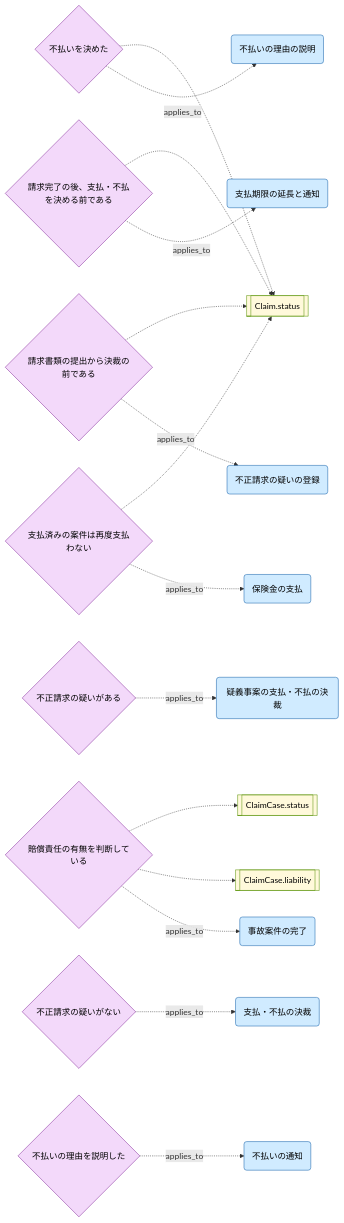
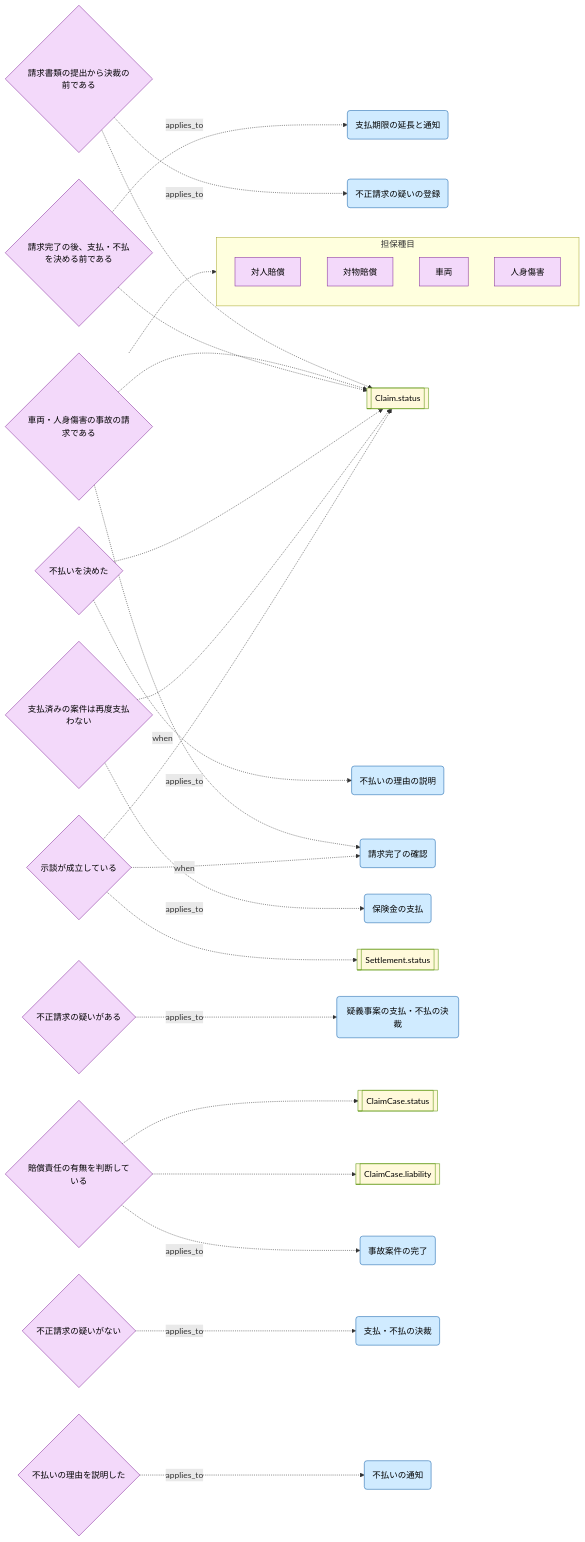
One commit to manji-0/rdra-ish-dsl changed the diagram in samples/insurance-claim-ops/out/buc/condition_payment.mmd. Above: the diagram before and after it, drawn with Mermaid. The commit also changed 15 other files, not shown here.

First line of the commit message:
feat(samples): insurance-claim-ops states the settlement guard and its rule

```diff
--- a/samples/insurance-claim-ops/out/buc/condition_payment.mmd
+++ b/samples/insurance-claim-ops/out/buc/condition_payment.mmd
@@ -1,62 +1,89 @@
 %% rdra-ish diagram=condition scope=buc:BucPayment model=samples/insurance-claim-ops
-%% kinds: condition statemodel usecase
+%% kinds: condition statemodel variation value usecase
 %% omitted: (none)
 flowchart LR
   condition__ClaimBeforeDecision{"請求書類の提出から決裁の前である"}:::condition
   %% holds condition__ClaimBeforeDecision: Claim.status in (請求書類の提出, 請求完了)
+  condition__ClaimFirstParty{"車両・人身傷害の事故の請求である"}:::condition
+  %% holds condition__ClaimFirstParty: ClaimCase.coverage in (車両, 人身傷害)
   condition__ClaimUnderConfirmation{"請求完了の後、支払・不払を決める前である"}:::condition
   %% holds condition__ClaimUnderConfirmation: Claim.status == 請求完了
   condition__DenialDecided{"不払いを決めた"}:::condition
   %% holds condition__DenialDecided: Claim.status == 不払決定
   condition__FraudSuspected{"不正請求の疑いがある"}:::condition
   %% holds condition__FraudSuspected: Claim.fraud_suspected == true
   condition__LiabilityDetermined{"賠償責任の有無を判断している"}:::condition
   %% holds condition__LiabilityDetermined: ClaimCase.liability in (賠償責任あり, 過失ゼロ（賠償責任なし）)
   condition__NoFraudSuspicion{"不正請求の疑いがない"}:::condition
   %% holds condition__NoFraudSuspicion: Claim.fraud_suspected == false
   condition__NotPaidYet{"支払済みの案件は再度支払わない"}:::condition
   %% holds condition__NotPaidYet: (Claim.status == 支払決定).none(Payment)
   condition__ReasonExplained{"不払いの理由を説明した"}:::condition
   %% holds condition__ReasonExplained: Claim.reason_explained == true
+  condition__SettlementSigned{"示談が成立している"}:::condition
+  %% holds condition__SettlementSigned: (Settlement.status == 示談成立).along(Claim, ClaimCase, Settlement)
   statemodel__ClaimCase_liability[["ClaimCase.liability"]]:::statemodel
   statemodel__ClaimCase_status[["ClaimCase.status"]]:::statemodel
   statemodel__Claim_status[["Claim.status"]]:::statemodel
+  statemodel__Settlement_status[["Settlement.status"]]:::statemodel
+  subgraph variation__Coverage["担保種目"]
+    variation__Coverage__bodily_liability["対人賠償"]:::value
+    variation__Coverage__property_liability["対物賠償"]:::value
+    variation__Coverage__vehicle["車両"]:::value
+    variation__Coverage__personal_injury["人身傷害"]:::value
+  end
   usecase__CloseCase("事故案件の完了"):::usecase
   %% desc usecase__CloseCase: 請求の支払・不払の通知・取下げを受けて、事故案件を完了にする。過失の判断が残っていれば先に済ませる。
+  usecase__CompleteClaim("請求完了の確認"):::usecase
+  %% desc usecase__CompleteClaim: 担当者が必要な書類がそろったことを確かめ、請求完了日を記録して受領を連絡する。支払期限（30日）がこの日から始まる。
   usecase__DecideClaim("支払・不払の決裁"):::usecase
   %% desc usecase__DecideClaim: 支払決裁者が調査の結果と請求書類から、保険金を支払うか、免責・解除などで支払わないかを決める。
   usecase__DecideSuspectedClaim("疑義事案の支払・不払の決裁"):::usecase
   %% desc usecase__DecideSuspectedClaim: 不正請求の疑いがある請求を、上位の決裁者（不正請求への対応を専門とする担当）が決める。
   usecase__ExplainDenialReason("不払いの理由の説明"):::usecase
   %% desc usecase__ExplainDenialReason: 支払わない根拠となる約款の条項と、調査で確かめた事実を、契約者等と被害者に説明する。
   usecase__ExtendPaymentPeriod("支払期限の延長と通知"):::usecase
   %% desc usecase__ExtendPaymentPeriod: 特別な照会または調査が欠かせないとき、延長事由（被災地の調査60日、鑑定等の照会90日、後遺障害の照会120日、警察等の照会180日、国外の調査180日）を選び、確認する事項と終える時期を請求者に通知する。
   usecase__FlagSuspectedFraud("不正請求の疑いの登録"):::usecase
   %% desc usecase__FlagSuspectedFraud: 事故状況・因果関係・修理や治療の内容に不自然な点があるか、他社での事故受付が分かったとき、請求を疑義事案として登録し、深く調べる。
   usecase__NotifyDenial("不払いの通知"):::usecase
   %% desc usecase__NotifyDenial: 理由を説明したうえで、支払わないことを書面で通知する。了解が得られなければ、そんぽADRセンターなどの相談機関を案内する。
   usecase__PayClaim("保険金の支払"):::usecase
   %% desc usecase__PayClaim: 支払金額と内訳（主たる保険金と特約・費用保険金）、算定の理由を説明して、被保険者・被害者・修理工場に払う。期限を過ぎていれば遅延利息を加える。
   condition__ClaimBeforeDecision -.->|applies_to| usecase__FlagSuspectedFraud
   condition__ClaimBeforeDecision -.-> statemodel__Claim_status
   %% derived condition__ClaimBeforeDecision -> statemodel__Claim_status from holds
+  condition__ClaimFirstParty -.-> statemodel__Claim_status
+  %% derived condition__ClaimFirstParty -> statemodel__Claim_status from when
+  condition__ClaimFirstParty -.-> variation__Coverage
+  %% derived condition__ClaimFirstParty -> variation__Coverage from holds
+  condition__ClaimFirstParty -.->|when| usecase__CompleteClaim
+  %% derived condition__ClaimFirstParty -> usecase__CompleteClaim via transitions Claim.status submitted->completed
   condition__ClaimUnderConfirmation -.->|applies_to| usecase__ExtendPaymentPeriod
   condition__ClaimUnderConfirmation -.-> statemodel__Claim_status
   %% derived condition__ClaimUnderConfirmation -> statemodel__Claim_status from holds
   condition__DenialDecided -.->|applies_to| usecase__ExplainDenialReason
   condition__DenialDecided -.-> statemodel__Claim_status
   %% derived condition__DenialDecided -> statemodel__Claim_status from holds
   condition__FraudSuspected -.->|applies_to| usecase__DecideSuspectedClaim
   condition__LiabilityDetermined -.->|applies_to| usecase__CloseCase
   condition__LiabilityDetermined -.-> statemodel__ClaimCase_liability
   %% derived condition__LiabilityDetermined -> statemodel__ClaimCase_liability from holds
   condition__LiabilityDetermined -.-> statemodel__ClaimCase_status
   %% derived condition__LiabilityDetermined -> statemodel__ClaimCase_status from when
   condition__NoFraudSuspicion -.->|applies_to| usecase__DecideClaim
   condition__NotPaidYet -.->|applies_to| usecase__PayClaim
   condition__NotPaidYet -.-> statemodel__Claim_status
   %% derived condition__NotPaidYet -> statemodel__Claim_status from holds
   condition__ReasonExplained -.->|applies_to| usecase__NotifyDenial
+  condition__SettlementSigned -.-> statemodel__Claim_status
+  %% derived condition__SettlementSigned -> statemodel__Claim_status from when
+  condition__SettlementSigned -.-> statemodel__Settlement_status
+  %% derived condition__SettlementSigned -> statemodel__Settlement_status from holds
+  condition__SettlementSigned -.->|when| usecase__CompleteClaim
+  %% derived condition__SettlementSigned -> usecase__CompleteClaim via transitions Claim.status submitted->completed
   classDef condition fill:#f3d9fa,stroke:#862e9c,color:#000;
   classDef statemodel fill:#fff9db,stroke:#5c940d,color:#000;
+  classDef variation fill:#f3d9fa,stroke:#862e9c,color:#000;
+  classDef value fill:#f3d9fa,stroke:#862e9c,color:#000;
   classDef usecase fill:#d0ebff,stroke:#1864ab,color:#000;
```
